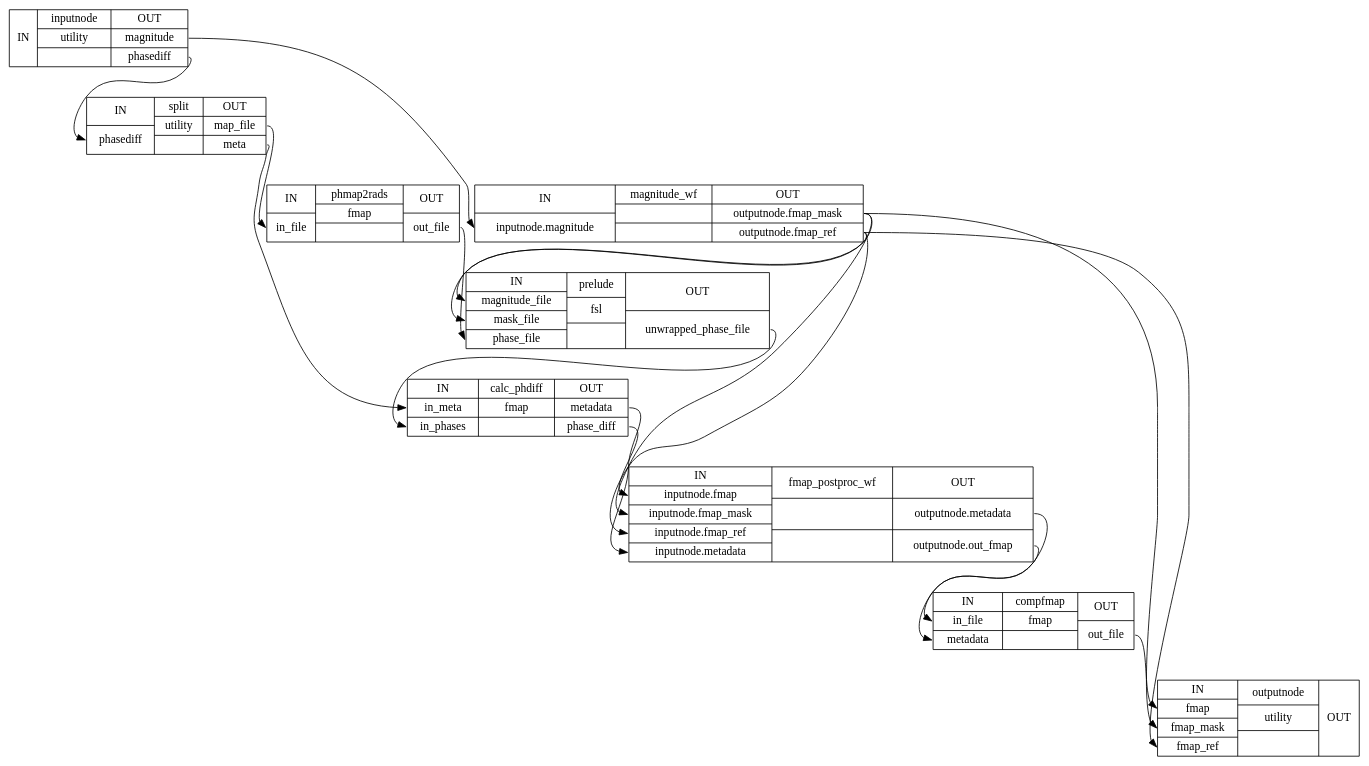
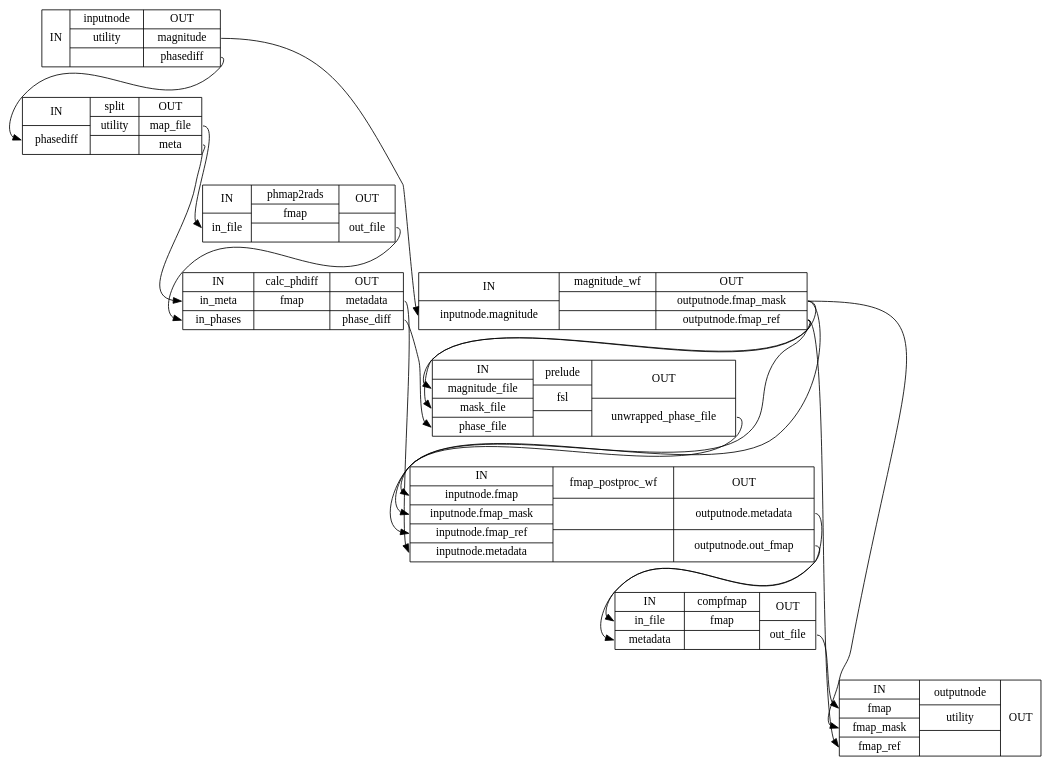
The diagram in 1.0.0rc1/wf_directive/api/phdiff_wf/sdcflows-workflows-phdiff-1_detailed.dot (wayne009007/sdcflows), drawn with Graphviz before and after one commit. The commit also changed 636 other files, not shown here.

```diff
--- a/1.0.0rc1/wf_directive/api/phdiff_wf/sdcflows-workflows-phdiff-1_detailed.dot
+++ b/1.0.0rc1/wf_directive/api/phdiff_wf/sdcflows-workflows-phdiff-1_detailed.dot
@@ -1,29 +1,29 @@
 digraph structs {
 node [shape=record];
 phdiff_wfinputnode [label="{IN}|{ inputnode | utility |  }|{OUT|<outmagnitude> magnitude|<outphasediff> phasediff}"];
 phdiff_wfmagnitude_wf [label="{IN|<ininputnodemagnitude> inputnode.magnitude}|{ magnitude_wf |  |  }|{OUT|<outoutputnodefmapmask> outputnode.fmap_mask|<outoutputnodefmapref> outputnode.fmap_ref}"];
 phdiff_wfsplit [label="{IN|<inphasediff> phasediff}|{ split | utility |  }|{OUT|<outmapfile> map_file|<outmeta> meta}"];
 phdiff_wfphmap2rads [label="{IN|<ininfile> in_file}|{ phmap2rads | fmap |  }|{OUT|<outoutfile> out_file}"];
+phdiff_wfcalc_phdiff [label="{IN|<ininmeta> in_meta|<ininphases> in_phases}|{ calc_phdiff | fmap |  }|{OUT|<outmetadata> metadata|<outphasediff> phase_diff}"];
 phdiff_wfprelude [label="{IN|<inmagnitudefile> magnitude_file|<inmaskfile> mask_file|<inphasefile> phase_file}|{ prelude | fsl |  }|{OUT|<outunwrappedphasefile> unwrapped_phase_file}"];
-phdiff_wfcalc_phdiff [label="{IN|<ininmeta> in_meta|<ininphases> in_phases}|{ calc_phdiff | fmap |  }|{OUT|<outmetadata> metadata|<outphasediff> phase_diff}"];
 phdiff_wffmap_postproc_wf [label="{IN|<ininputnodefmap> inputnode.fmap|<ininputnodefmapmask> inputnode.fmap_mask|<ininputnodefmapref> inputnode.fmap_ref|<ininputnodemetadata> inputnode.metadata}|{ fmap_postproc_wf |  |  }|{OUT|<outoutputnodemetadata> outputnode.metadata|<outoutputnodeoutfmap> outputnode.out_fmap}"];
 phdiff_wfcompfmap [label="{IN|<ininfile> in_file|<inmetadata> metadata}|{ compfmap | fmap |  }|{OUT|<outoutfile> out_file}"];
 phdiff_wfoutputnode [label="{IN|<infmap> fmap|<infmapmask> fmap_mask|<infmapref> fmap_ref}|{ outputnode | utility |  }|{OUT}"];
 phdiff_wfcalc_phdiff:outmetadata:e -> phdiff_wffmap_postproc_wf:ininputnodemetadata:w;
-phdiff_wfcalc_phdiff:outphasediff:e -> phdiff_wffmap_postproc_wf:ininputnodefmap:w;
+phdiff_wfcalc_phdiff:outphasediff:e -> phdiff_wfprelude:inphasefile:w;
 phdiff_wfcompfmap:outoutfile:e -> phdiff_wfoutputnode:infmap:w;
 phdiff_wffmap_postproc_wf:outoutputnodemetadata:e -> phdiff_wfcompfmap:inmetadata:w;
 phdiff_wffmap_postproc_wf:outoutputnodeoutfmap:e -> phdiff_wfcompfmap:ininfile:w;
 phdiff_wfinputnode:outmagnitude:e -> phdiff_wfmagnitude_wf:ininputnodemagnitude:w;
 phdiff_wfinputnode:outphasediff:e -> phdiff_wfsplit:inphasediff:w;
 phdiff_wfmagnitude_wf:outoutputnodefmapmask:e -> phdiff_wffmap_postproc_wf:ininputnodefmapmask:w;
 phdiff_wfmagnitude_wf:outoutputnodefmapmask:e -> phdiff_wfoutputnode:infmapmask:w;
 phdiff_wfmagnitude_wf:outoutputnodefmapmask:e -> phdiff_wfprelude:inmaskfile:w;
 phdiff_wfmagnitude_wf:outoutputnodefmapref:e -> phdiff_wffmap_postproc_wf:ininputnodefmapref:w;
 phdiff_wfmagnitude_wf:outoutputnodefmapref:e -> phdiff_wfoutputnode:infmapref:w;
 phdiff_wfmagnitude_wf:outoutputnodefmapref:e -> phdiff_wfprelude:inmagnitudefile:w;
-phdiff_wfphmap2rads:outoutfile:e -> phdiff_wfprelude:inphasefile:w;
-phdiff_wfprelude:outunwrappedphasefile:e -> phdiff_wfcalc_phdiff:ininphases:w;
+phdiff_wfphmap2rads:outoutfile:e -> phdiff_wfcalc_phdiff:ininphases:w;
+phdiff_wfprelude:outunwrappedphasefile:e -> phdiff_wffmap_postproc_wf:ininputnodefmap:w;
 phdiff_wfsplit:outmapfile:e -> phdiff_wfphmap2rads:ininfile:w;
 phdiff_wfsplit:outmeta:e -> phdiff_wfcalc_phdiff:ininmeta:w;
 }
```
